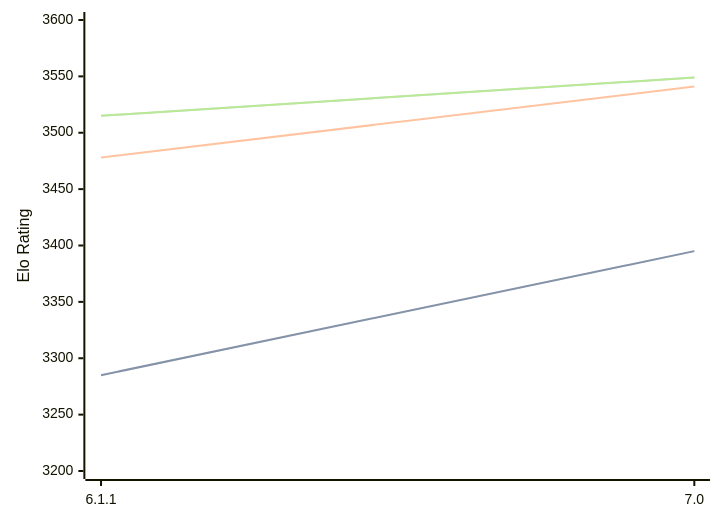
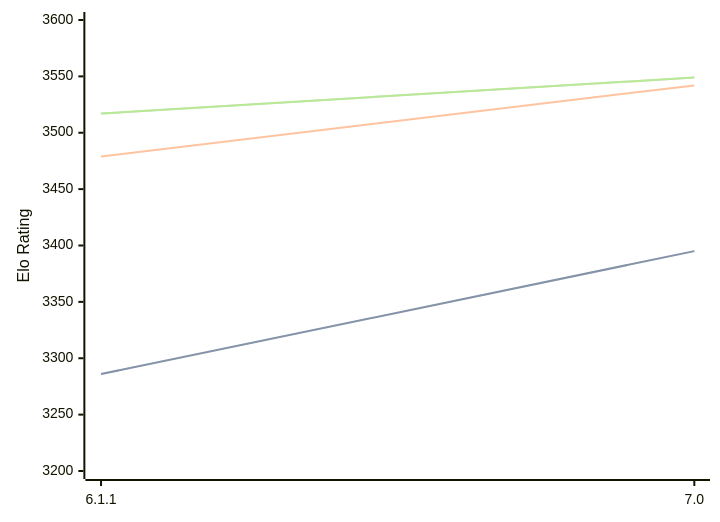
Before and after one commit to computer-chess-index/cci: the diagram in engines/Astra.md, drawn with Mermaid. The commit also changed other lines of this file, not shown here.

Commit message:
Update CCI Ratings (ELO VLTC) - 2026-09-08

````diff
--- a/engines/Astra.md
+++ b/engines/Astra.md
@@ -32,11 +32,11 @@
 ```mermaid
 %%{init: {"theme":"base","themeVariables":{"seriesColors:['#a3a3a3','#222221','#faa371']}}}%%
 xychart-beta
   x-axis ["6.1.1", "7.0"]
   y-axis "Elo Rating" 3200 --> 3600
-  line "" [3285, 3395]
-  line "STC (8.0+0.08s)" [3285, 3395]
-  line "LTC (60.0+0.60s)" [3478, 3541]
-  line "" [3515, 3549]
-  line "VLTC (2m24s+1.12s)" [3515, 3549]
+  line "" [3286, 3395]
+  line "STC (8.0+0.08s)" [3286, 3395]
+  line "LTC (60.0+0.60s)" [3479, 3542]
+  line "" [3517, 3549]
+  line "VLTC (2m24s+1.12s)" [3517, 3549]
 ```
````
